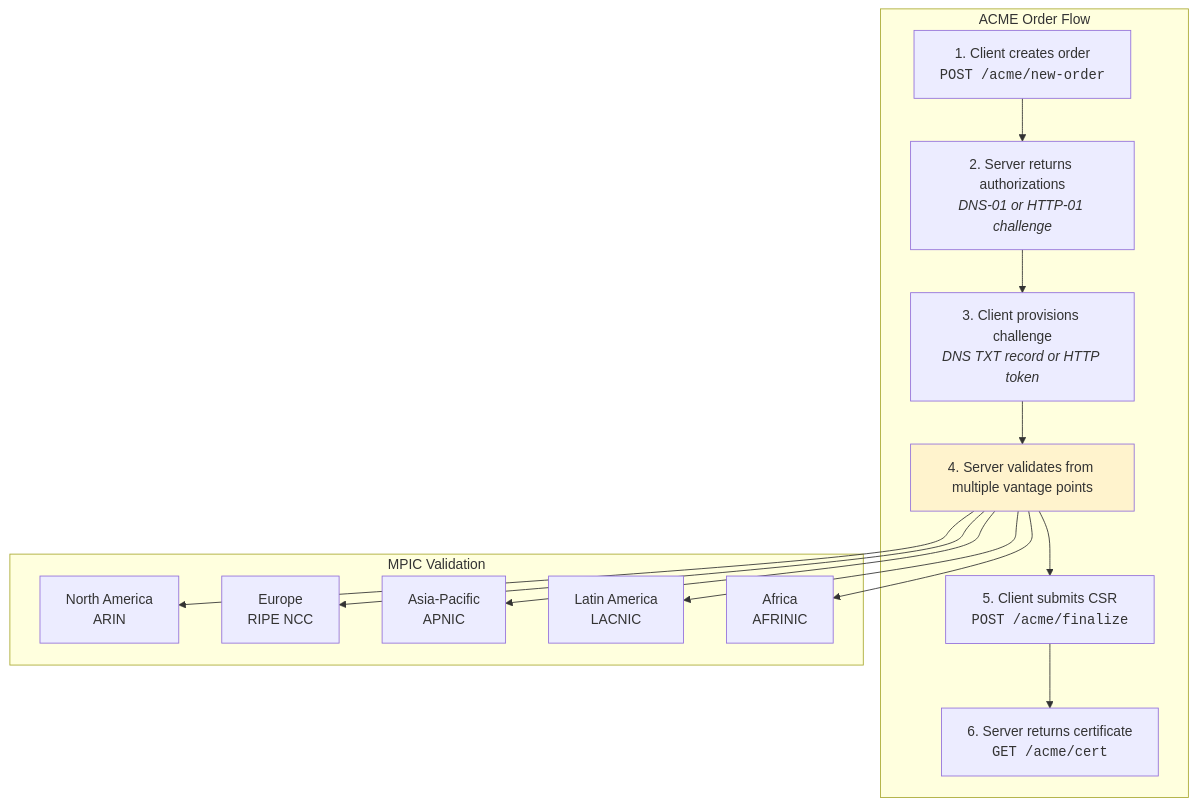
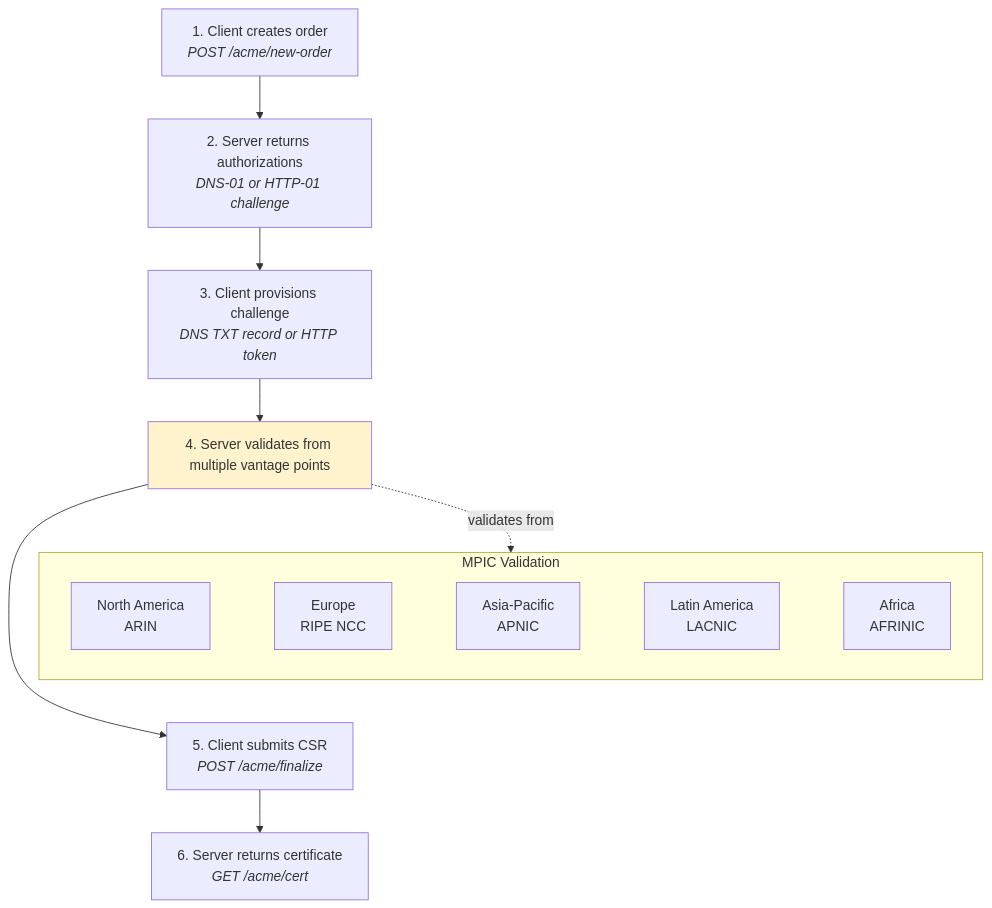
Before and after one commit to czinda/czinda-io: the third of 7 diagrams in content/posts/pki-next-part5-protocol-servers.md, drawn with Mermaid. The commit also changed 2 other files, not shown here.

Commit message:
Add State of PQC blog post, fix ACME diagram, update CI actions
- Add new blog post: "The State of Post-Quantum Cryptography: May 2026"
  covering PQC adoption across TLS, SSH, and PKI
- Fix Part 5 ACME diagram: replace unsupported <code> tags with <i>,
  restructure flowchart to prevent MPIC nodes from breaking vertical flow
- Update GitHub Actions to latest majors (checkout v6, configure-pages v5,
  upload-pages-artifact v4, deploy-pages v5) ahead of Node.js 24 migration

```diff
--- a/content/posts/pki-next-part5-protocol-servers.md
+++ b/content/posts/pki-next-part5-protocol-servers.md
@@ -158,28 +158,21 @@
 {{< mermaid >}}
-graph TB
-    subgraph "ACME Order Flow"
-        order["1. Client creates order<br/><code>POST /acme/new-order</code>"]
-        authz["2. Server returns authorizations<br/><i>DNS-01 or HTTP-01 challenge</i>"]
-        challenge["3. Client provisions challenge<br/><i>DNS TXT record or HTTP token</i>"]
-        validate["4. Server validates from multiple vantage points"]
-        finalize["5. Client submits CSR<br/><code>POST /acme/finalize</code>"]
-        cert["6. Server returns certificate<br/><code>GET /acme/cert</code>"]
+flowchart TB
+    order["1. Client creates order<br/><i>POST /acme/new-order</i>"]
+    authz["2. Server returns authorizations<br/><i>DNS-01 or HTTP-01 challenge</i>"]
+    challenge["3. Client provisions challenge<br/><i>DNS TXT record or HTTP token</i>"]
+    validate["4. Server validates from multiple vantage points"]
+    finalize["5. Client submits CSR<br/><i>POST /acme/finalize</i>"]
+    cert["6. Server returns certificate<br/><i>GET /acme/cert</i>"]
+
+    order --> authz --> challenge --> validate --> finalize --> cert
+
+    subgraph mpic ["MPIC Validation"]
+        direction LR
+        na["North America<br/>ARIN"] ~~~ eu["Europe<br/>RIPE NCC"] ~~~ ap["Asia-Pacific<br/>APNIC"] ~~~ la["Latin America<br/>LACNIC"] ~~~ af["Africa<br/>AFRINIC"]
     end
 
-    subgraph "MPIC Validation"
-        na["North America<br/>ARIN"]
-        eu["Europe<br/>RIPE NCC"]
-        ap["Asia-Pacific<br/>APNIC"]
-        la["Latin America<br/>LACNIC"]
-        af["Africa<br/>AFRINIC"]
-    end
-
-    order --> authz --> challenge --> validate --> finalize --> cert
-    validate --> na
-    validate --> eu
-    validate --> ap
-    validate --> la
-    validate --> af
+    validate -."validates from".-> mpic
+    mpic ~~~ finalize
 
     style validate fill:#fff3cd
 {{< /mermaid >}}
```
